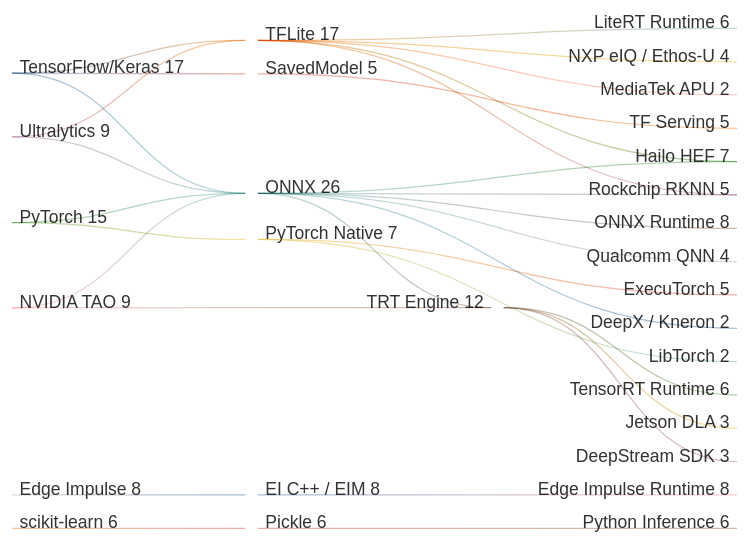
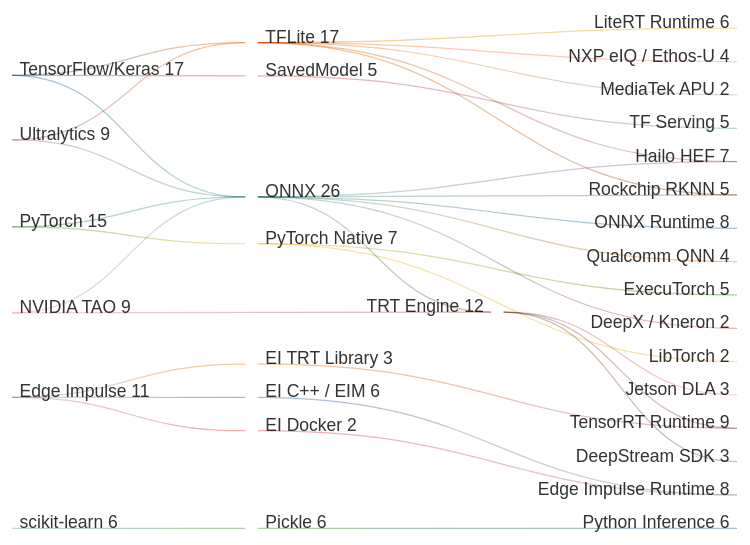
One commit to inxware/ert-components changed the diagram in docs/inxware-edge-ml.md. Above: the diagram before and after it, drawn with Mermaid. The commit also changed other lines of this file, not shown here.

First line of the commit message:
Expand Edge Impulse section with full framework and deployment format detail

````diff
--- a/docs/inxware-edge-ml.md
+++ b/docs/inxware-edge-ml.md
@@ -98,34 +98,38 @@
 ```mermaid
 sankey-beta
 
 TensorFlow/Keras,TFLite,8
 TensorFlow/Keras,SavedModel,5
 TensorFlow/Keras,ONNX,4
 PyTorch,ONNX,8
 PyTorch,PyTorch Native,7
 Ultralytics,ONNX,6
 Ultralytics,TFLite,3
 NVIDIA TAO,ONNX,5
 NVIDIA TAO,TRT Engine,4
-Edge Impulse,EI C++ / EIM,8
+Edge Impulse,EI C++ / EIM,6
+Edge Impulse,EI TRT Library,3
+Edge Impulse,EI Docker,2
 scikit-learn,Pickle,6
 TFLite,LiteRT Runtime,6
 TFLite,Hailo HEF,3
 TFLite,NXP eIQ / Ethos-U,4
 TFLite,Rockchip RKNN,2
 TFLite,MediaTek APU,2
 ONNX,ONNX Runtime,8
 ONNX,TRT Engine,5
 ONNX,Hailo HEF,4
 ONNX,Qualcomm QNN,4
 ONNX,Rockchip RKNN,3
 ONNX,DeepX / Kneron,2
 SavedModel,TF Serving,5
 PyTorch Native,ExecuTorch,5
 PyTorch Native,LibTorch,2
 TRT Engine,TensorRT Runtime,6
 TRT Engine,Jetson DLA,3
 TRT Engine,DeepStream SDK,3
-EI C++ / EIM,Edge Impulse Runtime,8
+EI C++ / EIM,Edge Impulse Runtime,6
+EI TRT Library,TensorRT Runtime,3
+EI Docker,Edge Impulse Runtime,2
 Pickle,Python Inference,6
 ```
````
